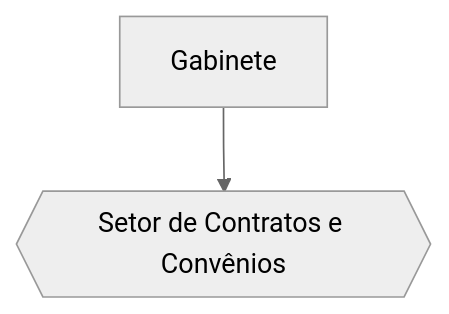
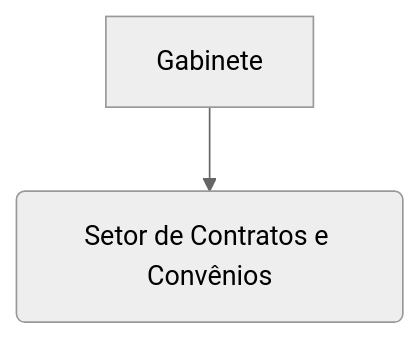
Before and after one commit to iepha-mg/manual.appi: the third of 4 diagrams in paginas/marcos_regulatorios/MRFC/TEC/README.md, drawn with Mermaid (neutral theme). The commit also changed other lines of this file, not shown here.

```diff
--- a/paginas/marcos_regulatorios/MRFC/TEC/README.md
+++ b/paginas/marcos_regulatorios/MRFC/TEC/README.md
@@ -150,4 +150,4 @@
 <pre class="mermaid">
 flowchart TD
-    A["Gabinete"] --> B{{"Setor de Contratos e Convênios"}}
+    A["Gabinete"] --> B("Setor de Contratos e Convênios")
 </pre>
```
